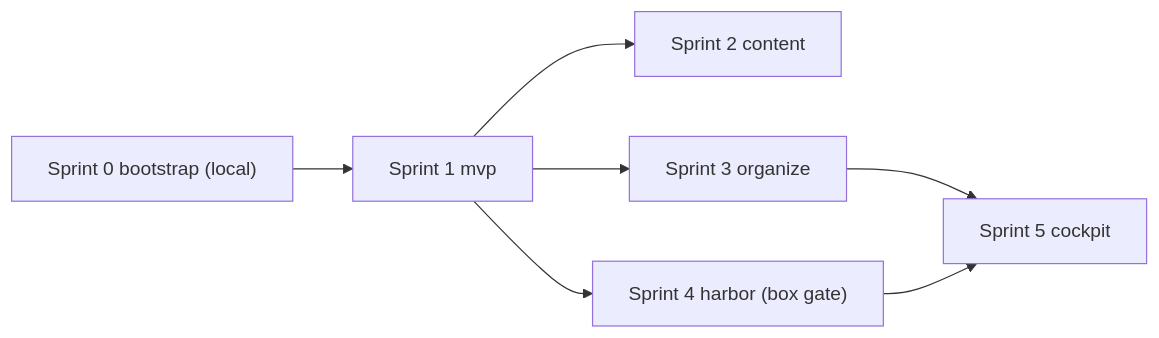
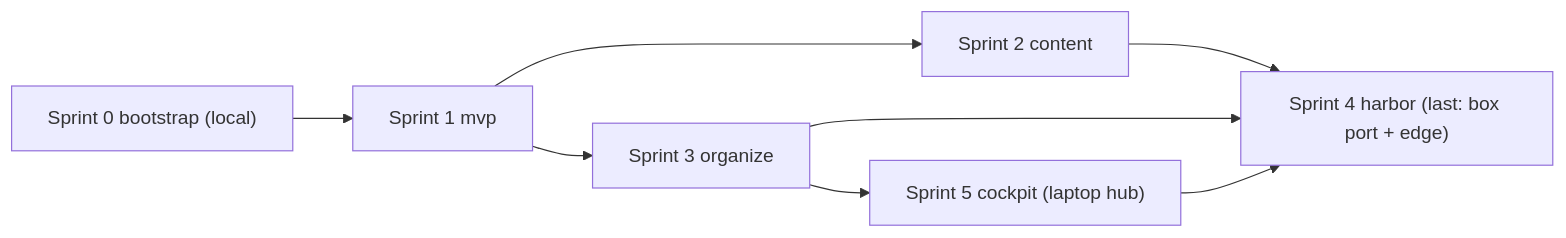
Before and after one commit to stack-dev-personal/sessiondeck: the diagram in MINI-SPRINT-ORDER.md, drawn with Mermaid. The commit also changed other lines of this file and 9 other files, not shown here.

First line of the commit message:
docs(sprint-0): harbor last, local-first sprint order

````diff
--- a/MINI-SPRINT-ORDER.md
+++ b/MINI-SPRINT-ORDER.md
@@ -9,9 +9,10 @@
 ```mermaid
 flowchart LR
   S0["Sprint 0 bootstrap (local)"] --> S1["Sprint 1 mvp"]
   S1 --> S2["Sprint 2 content"]
   S1 --> S3["Sprint 3 organize"]
-  S1 --> S4["Sprint 4 harbor (box gate)"]
-  S3 --> S5["Sprint 5 cockpit"]
-  S4 --> S5
+  S3 --> S5["Sprint 5 cockpit (laptop hub)"]
+  S2 --> S4["Sprint 4 harbor (last: box port + edge)"]
+  S3 --> S4
+  S5 --> S4
 ```
````
